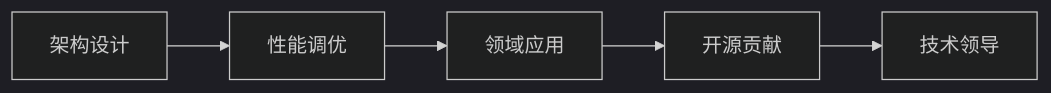
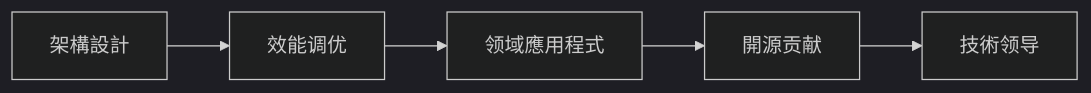
One commit to kmjade/knowledge-value changed the third of 3 diagrams in 3 Resources/01-Tech/Programming/Python/Python知识库导航.md. Above: the diagram before and after it, drawn with Mermaid (dark theme). The commit also changed other lines of this file and 653 other files, not shown here.

````diff
--- a/3 Resources/01-Tech/Programming/Python/Python知识库导航.md
+++ b/3 Resources/01-Tech/Programming/Python/Python知识库导航.md
@@ -100,7 +100,7 @@
 ```mermaid
 graph LR
-    A[架构设计] --> B[性能调优]
-    B --> C[领域应用]
-    C --> D[开源贡献]
-    D --> E[技术领导]
+    A[架構設計] --> B[效能调优]
+    B --> C[领域應用程式]
+    C --> D[開源贡献]
+    D --> E[技術领导]
 ```
````
